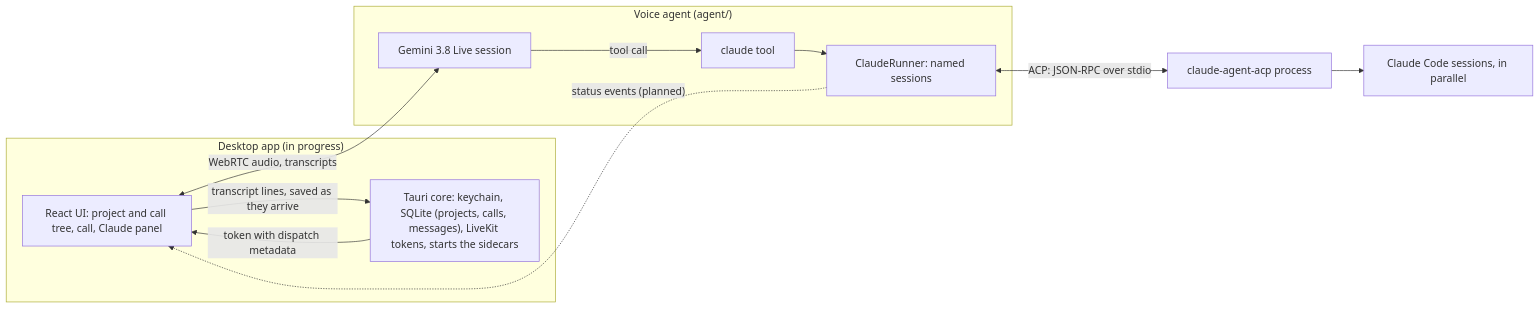
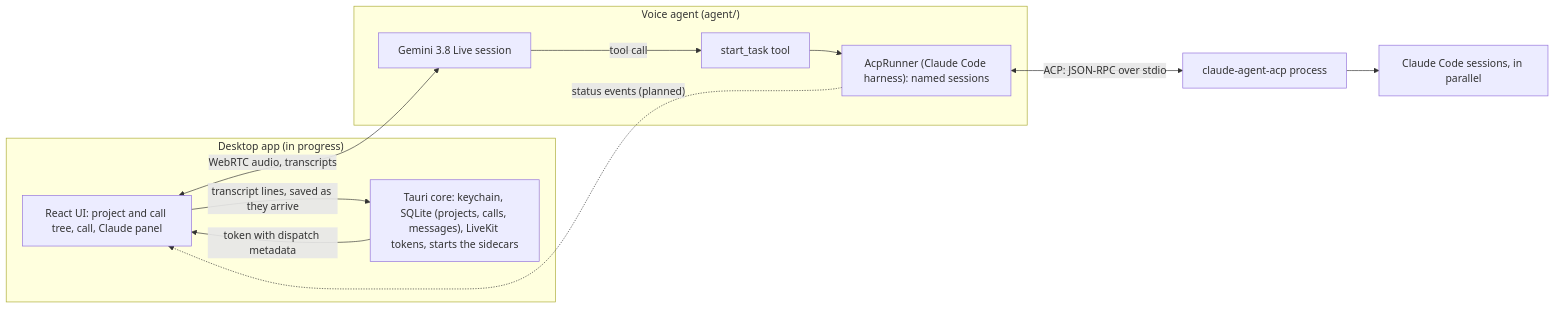
Before and after one commit to bomby-app/bomby: the diagram in docs/architecture.md, drawn with Mermaid. The commit also changed other lines of this file and 78 other files, not shown here.

````diff
--- a/docs/architecture.md
+++ b/docs/architecture.md
@@ -16,23 +16,23 @@
 ```mermaid
 flowchart LR
   subgraph App["Desktop app (in progress)"]
     UI["React UI: project and call tree, call, Claude panel"]
     Core["Tauri core: keychain, SQLite (projects, calls, messages), LiveKit tokens, starts the sidecars"]
   end
   subgraph Agent["Voice agent (agent/)"]
     Gemini["Gemini 3.8 Live session"]
-    Tool["claude tool"]
-    Runner["ClaudeRunner: named sessions"]
+    Tool["start_task tool"]
+    Runner["AcpRunner (Claude Code harness): named sessions"]
   end
   ACP["claude-agent-acp process"]
   Claude["Claude Code sessions, in parallel"]
 
   Core -- "token with dispatch metadata" --> UI
   UI -- "transcript lines, saved as they arrive" --> Core
   UI <-- "WebRTC audio, transcripts" --> Gemini
   Gemini -- "tool call" --> Tool
   Tool --> Runner
   Runner <-- "ACP: JSON-RPC over stdio" --> ACP
   ACP --> Claude
   Runner -. "status events (planned)" .-> UI
 ```
````
